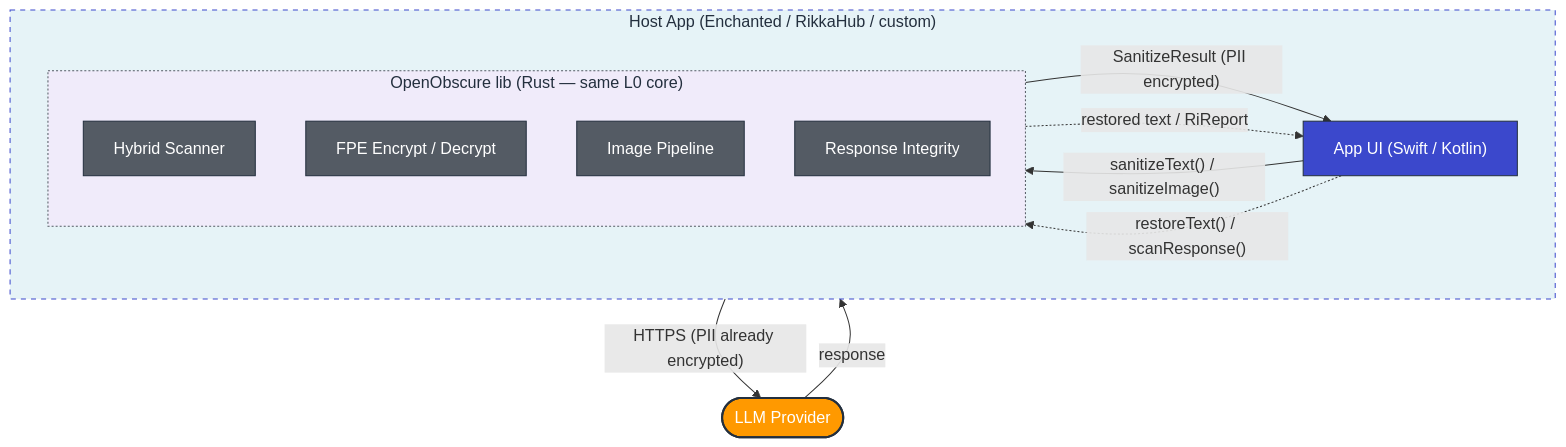
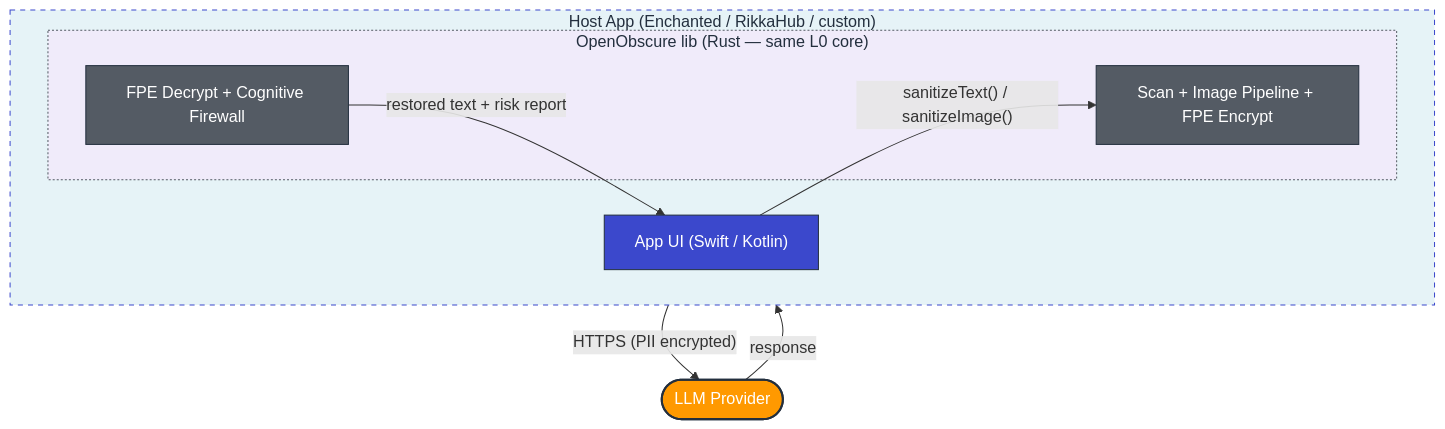
One commit to OpenObscure/OpenObscure changed the second of 6 diagrams in ARCHITECTURE.md. Above: the diagram before and after it, drawn with Mermaid. The commit also changed other lines of this file, not shown here.

First line of the commit message:
Balance Gateway and Embedded mermaid diagrams for readability

````diff
--- a/ARCHITECTURE.md
+++ b/ARCHITECTURE.md
@@ -70,28 +58,22 @@
 ```mermaid
 flowchart TB
     subgraph app ["Host App (Enchanted / RikkaHub / custom)"]
         ui["App UI (Swift / Kotlin)"]
         subgraph lib ["OpenObscure lib (Rust — same L0 core)"]
-            scanner["Hybrid Scanner"]
-            fpe["FPE Encrypt / Decrypt"]
-            imgpipe2["Image Pipeline"]
-            ri2["Response Integrity"]
+            enc["Scan + Image Pipeline + FPE Encrypt"]
+            dec["FPE Decrypt + Cognitive Firewall"]
         end
-        ui -- "sanitizeText() / sanitizeImage()" --> lib
-        lib -- "SanitizeResult (PII encrypted)" --> ui
-        ui -. "restoreText() / scanResponse()" .-> lib
-        lib -. "restored text / RiReport" .-> ui
+        ui -- "sanitizeText() / sanitizeImage()" --> enc
+        dec -- "restored text + risk report" --> ui
     end
 
-    app -- "HTTPS (PII already encrypted)" --> llm(["LLM Provider"])
+    app -- "HTTPS (PII encrypted)" --> llm(["LLM Provider"])
     llm -- "response" --> app
 
     style app fill:#e6f3f7,stroke:#3b48cc,stroke-dasharray: 5 5,color:#232F3E
     style lib fill:#f0ebfa,stroke:#545b64,stroke-dasharray: 2 2,color:#232F3E
     style ui fill:#3b48cc,stroke:#232F3E,color:#fff
-    style scanner fill:#545b64,stroke:#232F3E,color:#fff
-    style fpe fill:#545b64,stroke:#232F3E,color:#fff
-    style imgpipe2 fill:#545b64,stroke:#232F3E,color:#fff
-    style ri2 fill:#545b64,stroke:#232F3E,color:#fff
+    style enc fill:#545b64,stroke:#232F3E,color:#fff
+    style dec fill:#545b64,stroke:#232F3E,color:#fff
     style llm fill:#ff9900,stroke:#232F3E,stroke-width:2px,color:#fff
 ```
````
